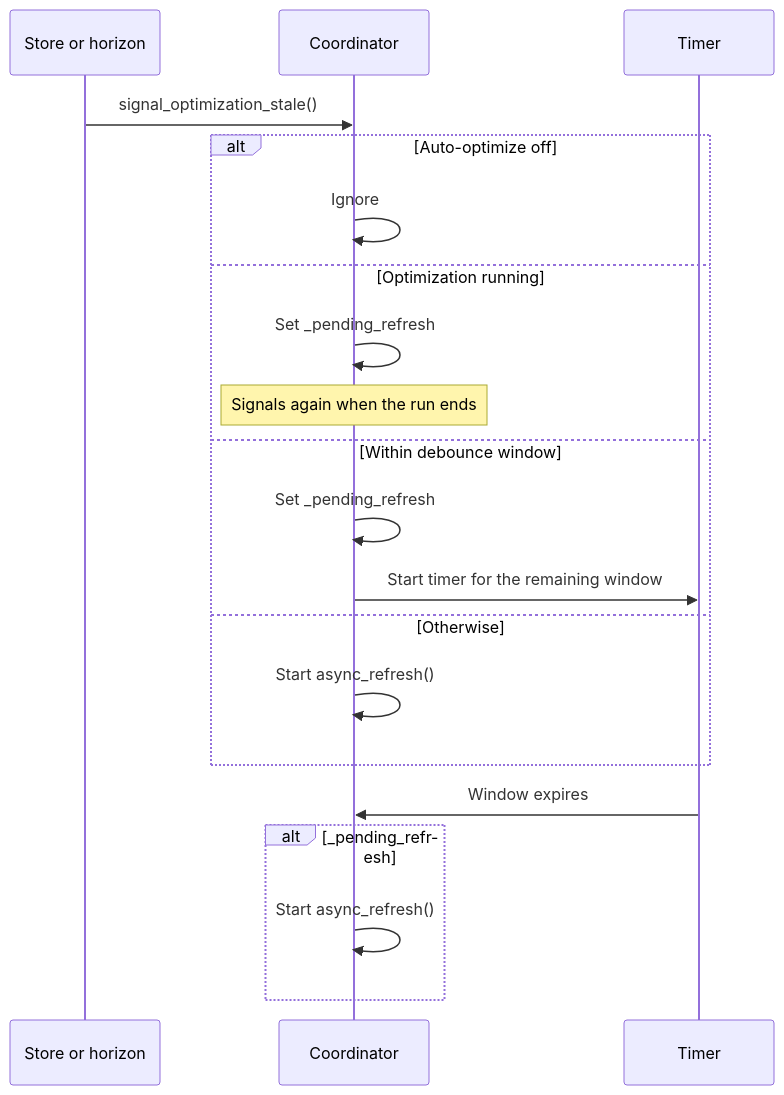
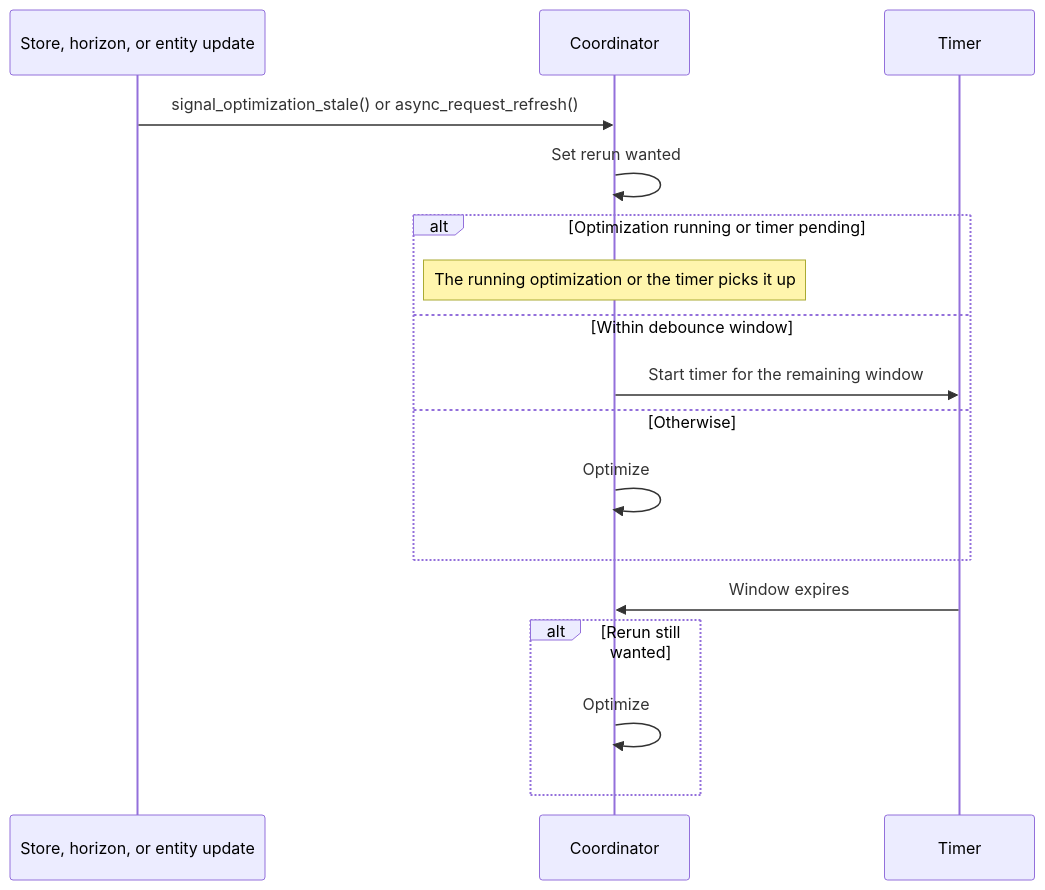
Before and after one commit to hass-energy/haeo: the second of 2 diagrams in docs/developer-guide/coordinator.md, drawn with Mermaid. The commit also changed other lines of this file and 10 other files, not shown here.

````diff
--- a/docs/developer-guide/coordinator.md
+++ b/docs/developer-guide/coordinator.md
@@ -92,24 +94,21 @@
 ```mermaid
 sequenceDiagram
-    participant E as Store or horizon
+    participant E as Store, horizon, or entity update
     participant C as Coordinator
     participant Timer
 
-    E->>C: signal_optimization_stale()
-    alt Auto-optimize off
-        C->>C: Ignore
-    else Optimization running
-        C->>C: Set _pending_refresh
-        Note over C: Signals again when the run ends
+    E->>C: signal_optimization_stale() or async_request_refresh()
+    C->>C: Set rerun wanted
+    alt Optimization running or timer pending
+        Note over C: The running optimization or the timer picks it up
     else Within debounce window
-        C->>C: Set _pending_refresh
         C->>Timer: Start timer for the remaining window
     else Otherwise
-        C->>C: Start async_refresh()
+        C->>C: Optimize
     end
 
     Timer->>C: Window expires
-    alt _pending_refresh
-        C->>C: Start async_refresh()
+    alt Rerun still wanted
+        C->>C: Optimize
     end
 ```
````
